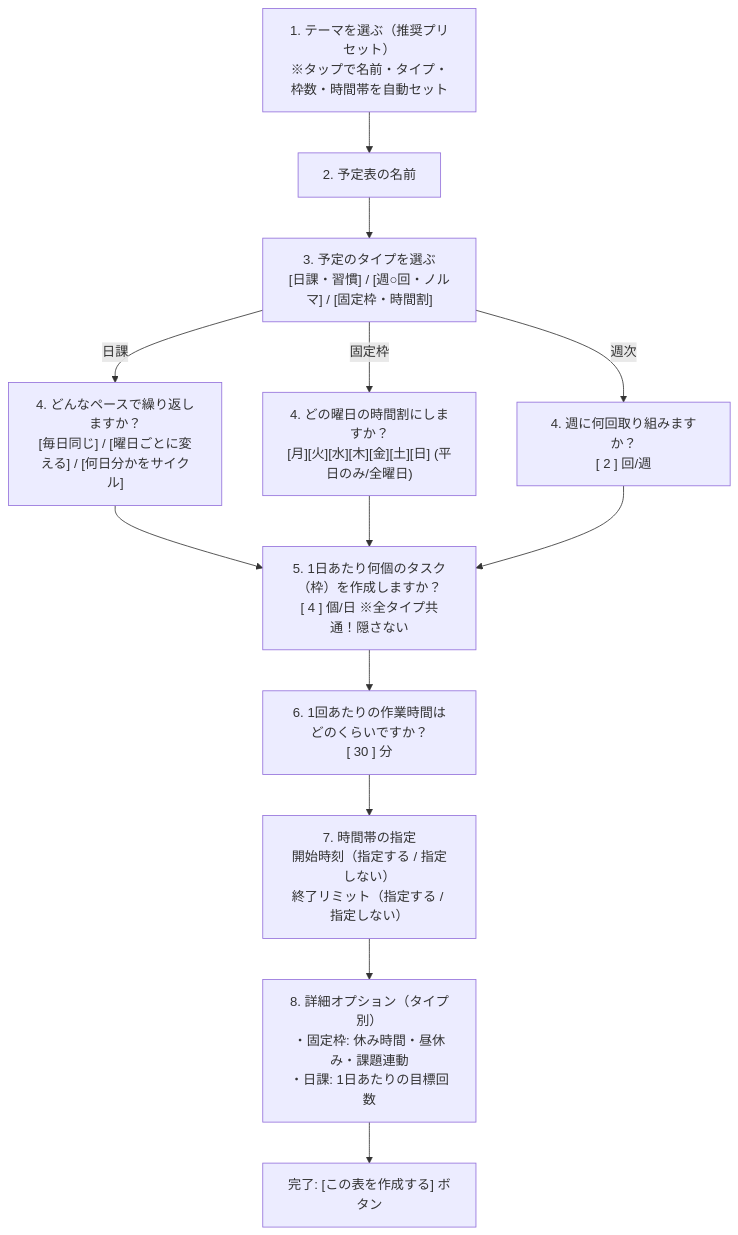
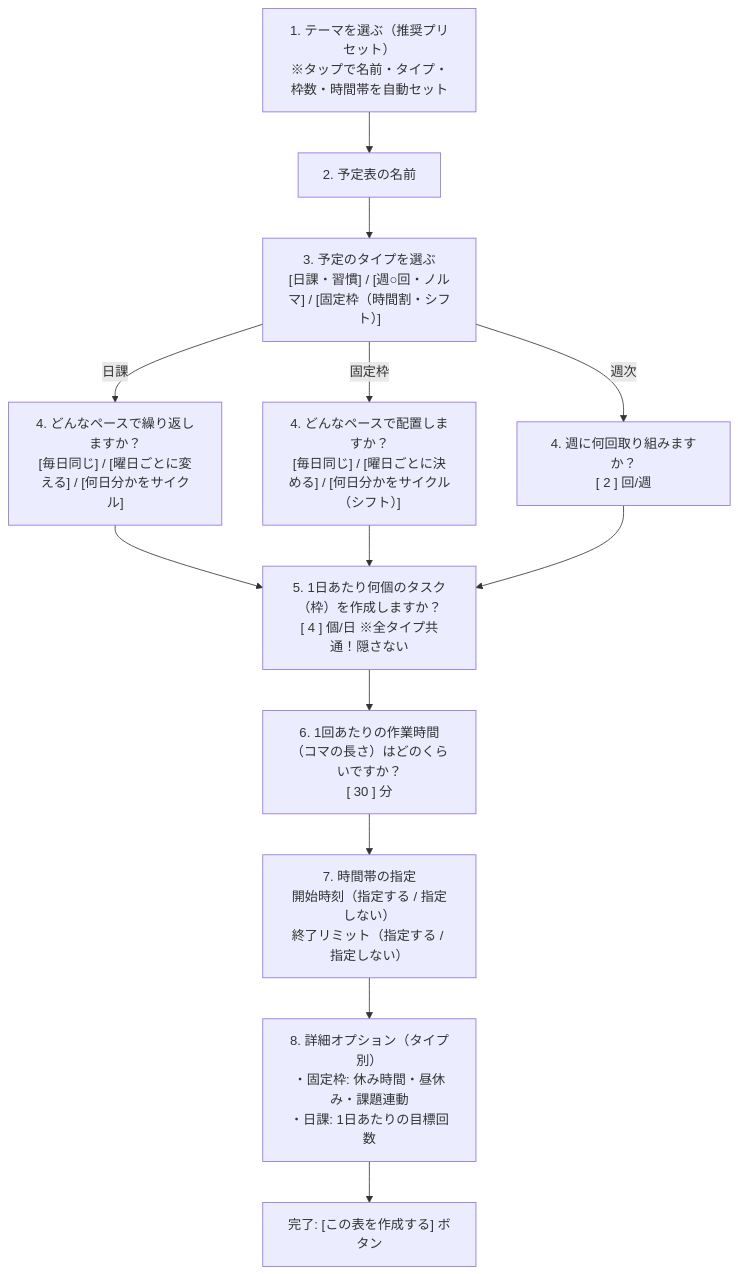
Before and after one commit to chku25062-sketch/creation_1: the diagram in Plan33.md, drawn with Mermaid. The commit also changed other lines of this file and 3 other files, not shown here.

````diff
--- a/Plan33.md
+++ b/Plan33.md
@@ -86,18 +89,18 @@
 ```mermaid
 flowchart TD
     Step1["1. テーマを選ぶ（推奨プリセット）<br/>※タップで名前・タイプ・枠数・時間帯を自動セット"] --> Step2["2. 予定表の名前"]
-    Step2 --> Step3["3. 予定のタイプを選ぶ<br/>[日課・習慣] / [週○回・ノルマ] / [固定枠・時間割]"]
+    Step2 --> Step3["3. 予定のタイプを選ぶ<br/>[日課・習慣] / [週○回・ノルマ] / [固定枠（時間割・シフト）]"]
     
     Step3 -->|日課| Step4_Daily["4. どんなペースで繰り返しますか？<br/>[毎日同じ] / [曜日ごとに変える] / [何日分かをサイクル]"]
-    Step3 -->|固定枠| Step4_Fixed["4. どの曜日の時間割にしますか？<br/>[月][火][水][木][金][土][日] (平日のみ/全曜日)"]
+    Step3 -->|固定枠| Step4_Fixed["4. どんなペースで配置しますか？<br/>[毎日同じ] / [曜日ごとに決める] / [何日分かをサイクル（シフト）]"]
     Step3 -->|週次| Step4_Weekly["4. 週に何回取り組みますか？<br/>[ 2 ] 回/週"]
 
     Step4_Daily --> Step5["5. 1日あたり何個のタスク（枠）を作成しますか？<br/>[ 4 ] 個/日 ※全タイプ共通！隠さない"]
     Step4_Fixed --> Step5
     Step4_Weekly --> Step5
 
-    Step5 --> Step6["6. 1回あたりの作業時間はどのくらいですか？<br/>[ 30 ] 分"]
+    Step5 --> Step6["6. 1回あたりの作業時間（コマの長さ）はどのくらいですか？<br/>[ 30 ] 分"]
     Step6 --> Step7["7. 時間帯の指定<br/>開始時刻（指定する / 指定しない）<br/>終了リミット（指定する / 指定しない）"]
     Step7 --> Step8["8. 詳細オプション（タイプ別）<br/>・固定枠: 休み時間・昼休み・課題連動<br/>・日課: 1日あたりの目標回数"]
     Step8 --> Step9["完了: [この表を作成する] ボタン"]
 ```
````
